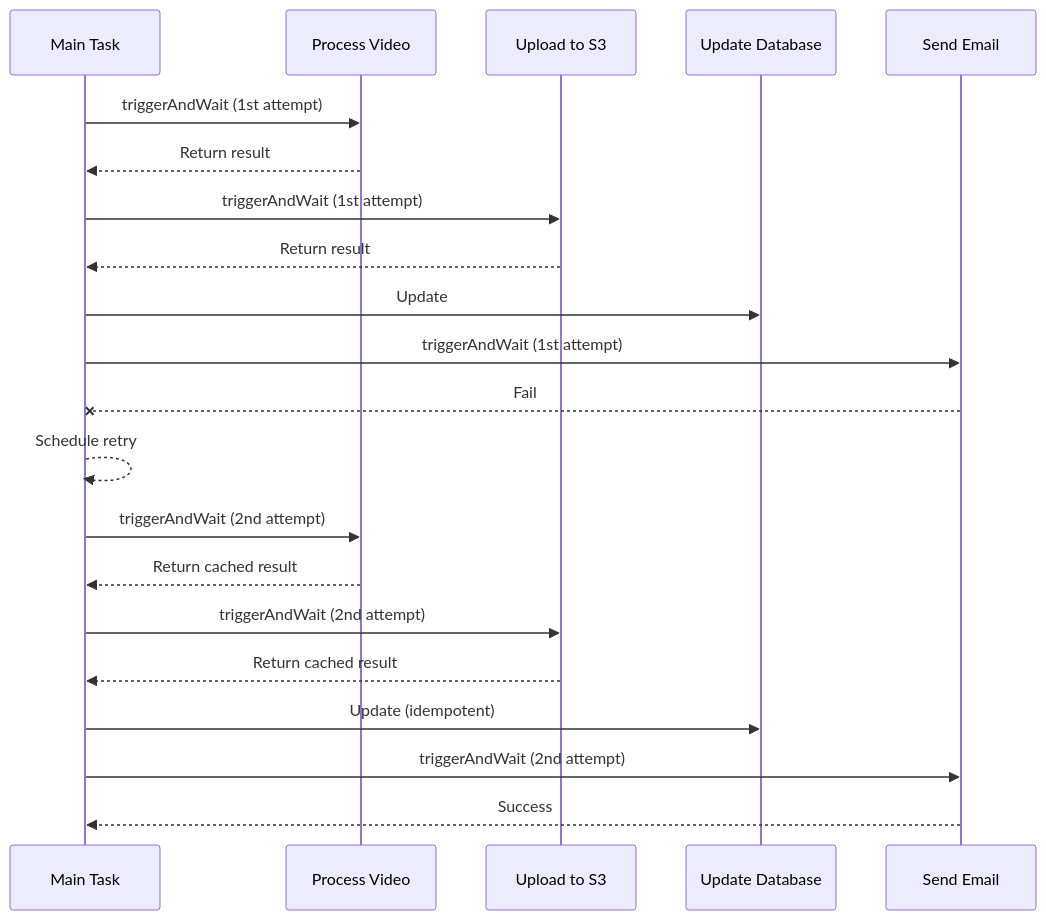
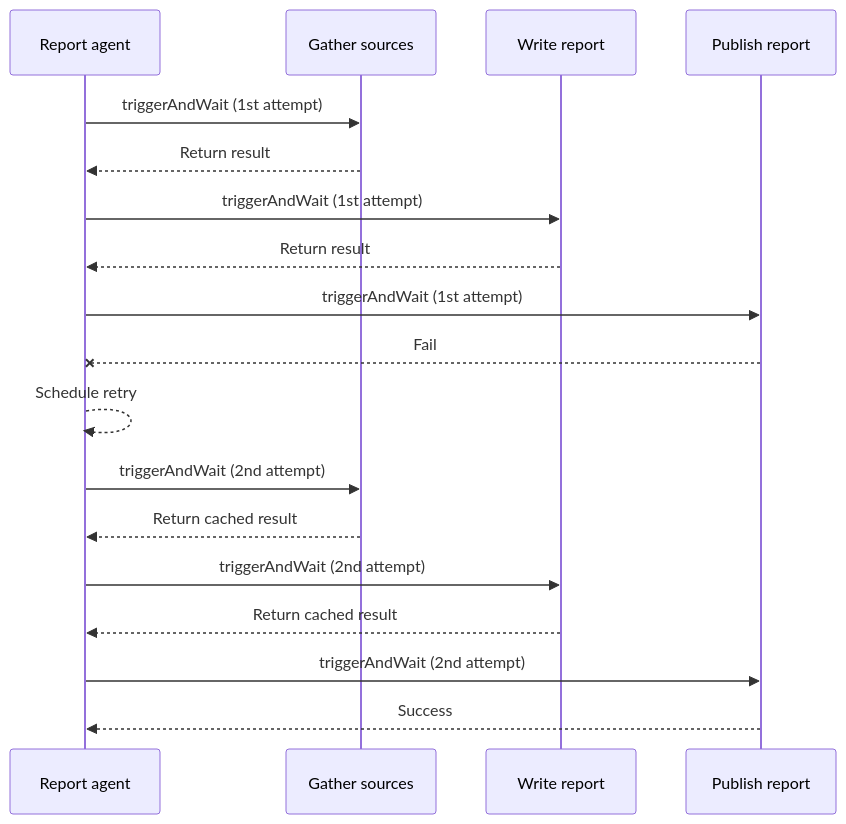
One commit to triggerdotdev/trigger.dev changed the third of 3 diagrams in docs/how-it-works.mdx. Above: the diagram before and after it, drawn with Mermaid. The commit also changed other lines of this file, not shown here.

First line of the commit message:
docs: make the how it works page agent focused

````diff
--- a/docs/how-it-works.mdx
+++ b/docs/how-it-works.mdx
@@ -377,25 +248,22 @@
 ```mermaid
 sequenceDiagram
-  participant Main as Main Task
-  participant Process as Process Video
-  participant Upload as Upload to S3
-  participant DB as Update Database
-  participant Email as Send Email
+  participant Main as Report agent
+  participant Gather as Gather sources
+  participant Write as Write report
+  participant Publish as Publish report
 
-  Main->>Process: triggerAndWait (1st attempt)
-  Process-->>Main: Return result
-  Main->>Upload: triggerAndWait (1st attempt)
-  Upload-->>Main: Return result
-  Main->>DB: Update
-  Main->>Email: triggerAndWait (1st attempt)
-  Email--xMain: Fail
+  Main->>Gather: triggerAndWait (1st attempt)
+  Gather-->>Main: Return result
+  Main->>Write: triggerAndWait (1st attempt)
+  Write-->>Main: Return result
+  Main->>Publish: triggerAndWait (1st attempt)
+  Publish--xMain: Fail
   Main-->>Main: Schedule retry
 
-  Main->>Process: triggerAndWait (2nd attempt)
-  Process-->>Main: Return cached result
-  Main->>Upload: triggerAndWait (2nd attempt)
-  Upload-->>Main: Return cached result
-  Main->>DB: Update (idempotent)
-  Main->>Email: triggerAndWait (2nd attempt)
-  Email-->>Main: Success
+  Main->>Gather: triggerAndWait (2nd attempt)
+  Gather-->>Main: Return cached result
+  Main->>Write: triggerAndWait (2nd attempt)
+  Write-->>Main: Return cached result
+  Main->>Publish: triggerAndWait (2nd attempt)
+  Publish-->>Main: Success
 ```
````
